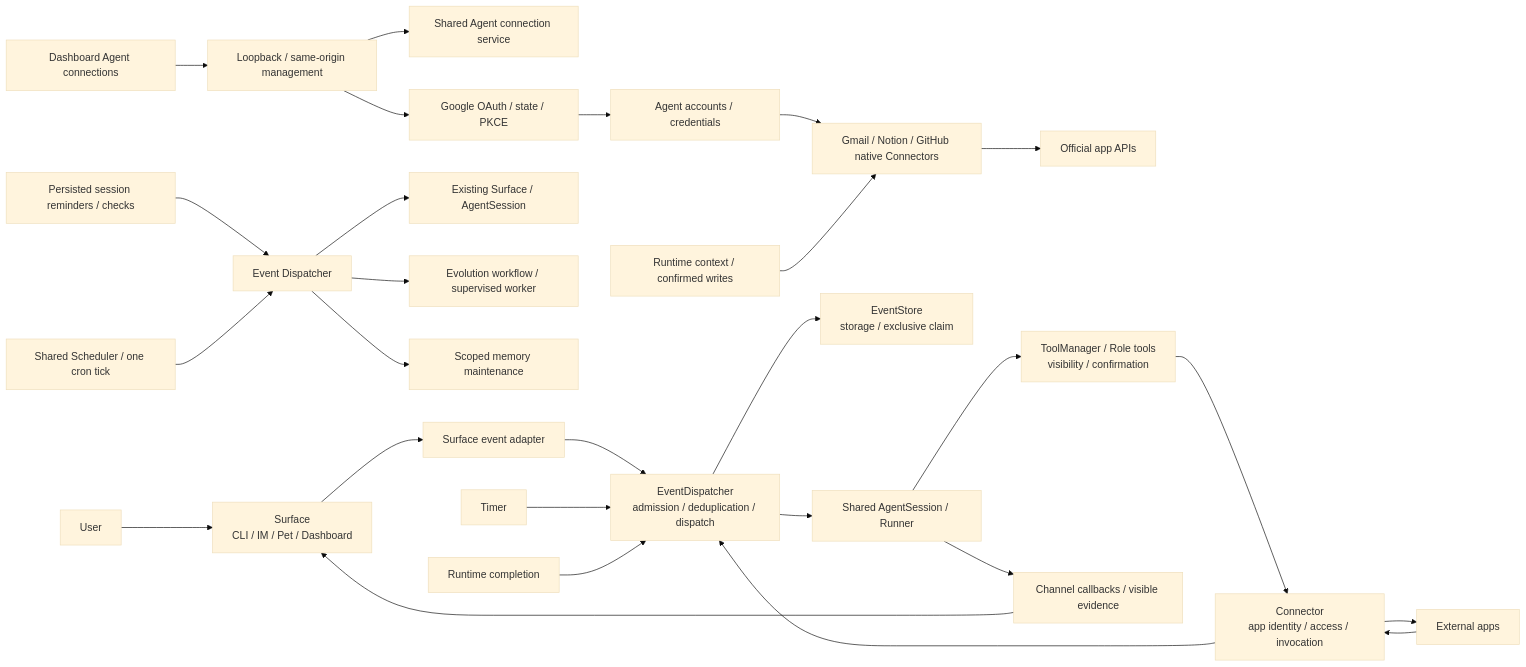
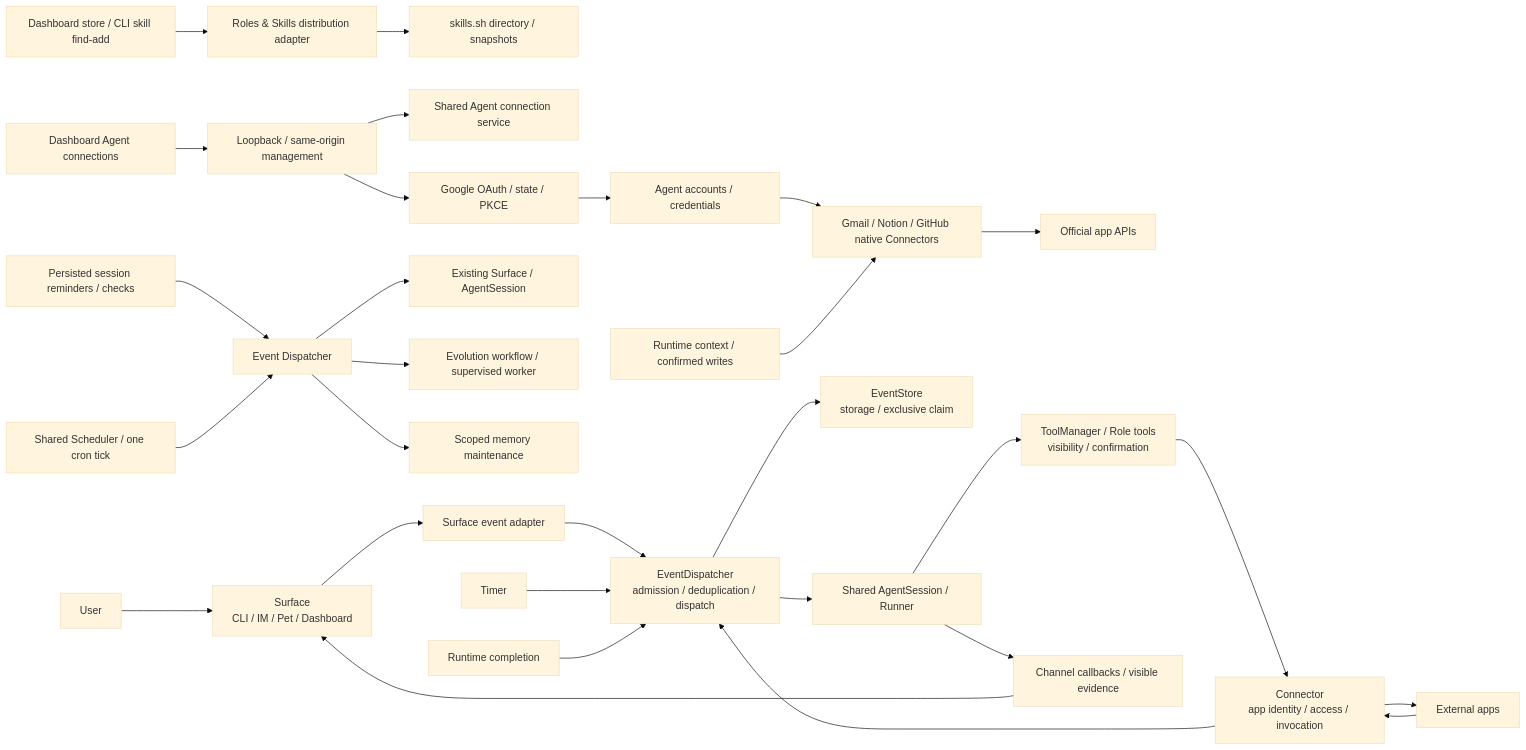
One commit to fightheyyy/XIAOBA changed the second of 2 diagrams in docs/surface/SPEC.md. Above: the diagram before and after it, drawn with Mermaid (base theme). The commit also changed other lines of this file and 12 other files, not shown here.

Commit message:
feat(skills): connect skill store to skills.sh

````diff
--- a/docs/surface/SPEC.md
+++ b/docs/surface/SPEC.md
@@ -96,29 +98,31 @@
 ```mermaid
 flowchart LR
+    SkillStore["Dashboard store / CLI skill find-add"] --> Distribution["Roles & Skills distribution adapter"]
+    Distribution --> SkillsSh["skills.sh directory / snapshots"]
     ConnectorPage["Dashboard Agent connections"] --> LocalAdmin["Loopback / same-origin management"]
     LocalAdmin --> AppService["Shared Agent connection service"]
     LocalAdmin --> OAuth["Google OAuth / state / PKCE"]
     OAuth --> AgentResources
     AgentResources["Agent accounts / credentials"] --> AppConnectors["Gmail / Notion / GitHub native Connectors"]
     AppConnectors --> OfficialAPIs["Official app APIs"]
     RequestPolicy["Runtime context / confirmed writes"] --> AppConnectors
     SessionTimer["Persisted session reminders / checks"] --> ScheduledEvents
     ScheduledEvents --> SessionWake["Existing Surface / AgentSession"]
     DailyScheduler["Shared Scheduler / one cron tick"] --> ScheduledEvents["Event Dispatcher"]
     ScheduledEvents --> EvolutionConsumer["Evolution workflow / supervised worker"]
     ScheduledEvents --> MemoryConsumer["Scoped memory maintenance"]
     User["User"] --> Surface["Surface<br/>CLI / IM / Pet / Dashboard"]
     Surface --> Adapter["Surface event adapter"]
     Adapter --> Event["EventDispatcher<br/>admission / deduplication / dispatch"]
     Event --> Store["EventStore<br/>storage / exclusive claim"]
     Timer["Timer"] --> Event
     Completion["Runtime completion"] --> Event
     Apps["External apps"] --> Connector["Connector<br/>app identity / access / invocation"]
     Connector --> Event
     Event --> Runtime["Shared AgentSession / Runner"]
     Runtime --> Tools["ToolManager / Role tools<br/>visibility / confirmation"]
     Tools --> Connector
     Connector --> Apps
     Runtime --> Delivery["Channel callbacks / visible evidence"]
     Delivery --> Surface
 ```
````
